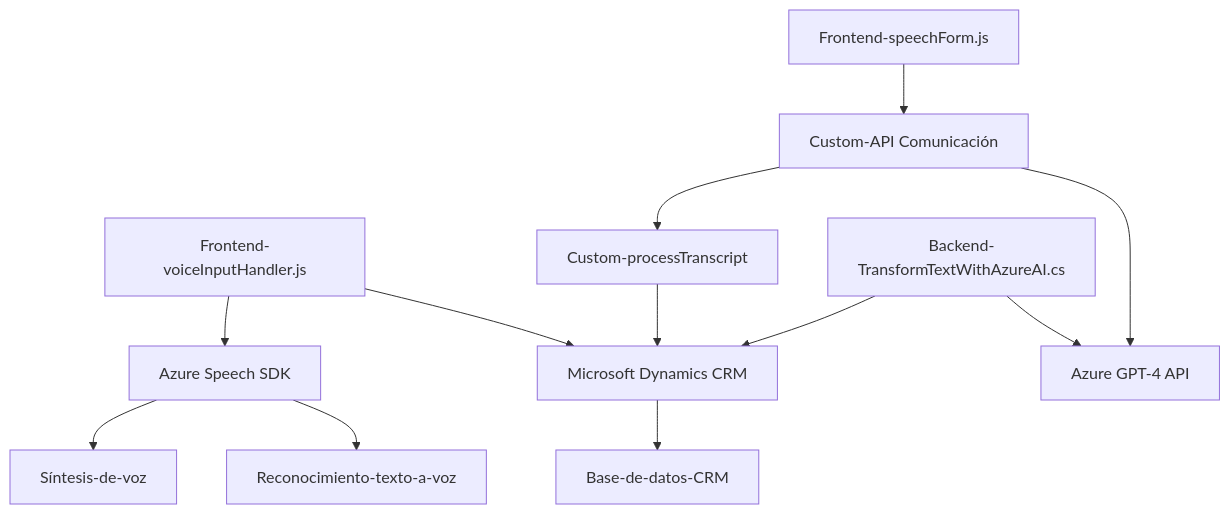
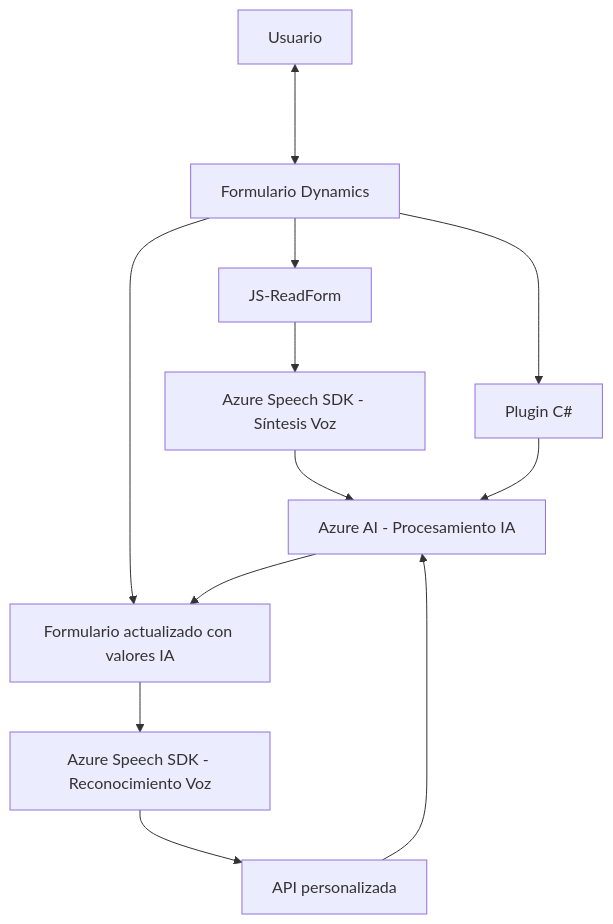
The diagram in README.md (blopezdm/NETCORE_BILBAO2025), drawn with Mermaid before and after one commit. The commit also changed other lines of this file, not shown here.

Commit message:
Actualizar análisis global de la solución con IA

````diff
--- a/README.md
+++ b/README.md
@@ -46,17 +26,14 @@
 ```mermaid
 graph TD
-    A["Frontend-voiceInputHandler.js"] --> B["Azure Speech SDK"]
-    A --> C["Microsoft Dynamics CRM"]
-    B --> D["Reconocimiento-texto-a-voz"]
-    B --> E["Síntesis-de-voz"]
-    
-    F["Frontend-speechForm.js"] --> G["Custom-API Comunicación"]
-    G --> H["Custom-processTranscript"]
-    H --> C["Microsoft Dynamics CRM"]
-
-    I["Backend-TransformTextWithAzureAI.cs"] --> J["Azure GPT-4 API"]
-    I --> C
-    C --> K["Base-de-datos-CRM"]
-    
-    G --> J
+A["Usuario"] <---> B["Formulario Dynamics"]  
+B --> C["JS-ReadForm"]
+B --> D["JS-SpeechForm"]
+C --> E["Azure Speech SDK - Síntesis Voz"]
+D --> F["Azure Speech SDK - Reconocimiento Voz"]
+F --> G["API personalizada"]
+G --> H["Azure AI - Procesamiento IA"]
+H --> D["Formulario actualizado con valores IA"]
+E --> H
+B --> I["Plugin C#"]
+I --> H
 ```
````
